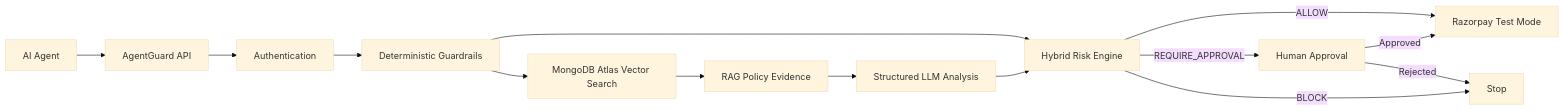
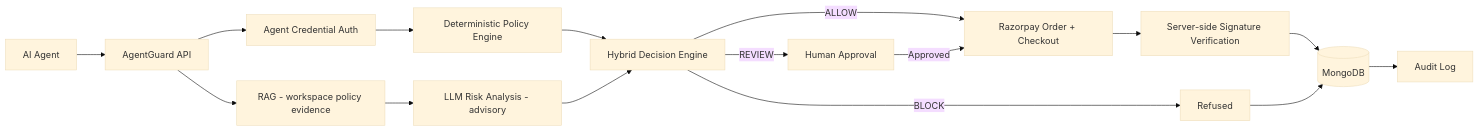
Before and after one commit to Akshath6060/AgentGuard: the diagram in README.md, drawn with Mermaid (base theme). The commit also changed other lines of this file and 19 other files, not shown here.

````diff
--- a/README.md
+++ b/README.md
@@ -5,16 +66,18 @@
 ```mermaid
 flowchart LR
-  A[AI Agent] --> B[AgentGuard API]
-  B --> C[Authentication]
-  C --> D[Deterministic Guardrails]
-  D --> E[MongoDB Atlas Vector Search]
-  E --> F[RAG Policy Evidence]
-  F --> G[Structured LLM Analysis]
-  D --> H[Hybrid Risk Engine]
-  G --> H
-  H -->|ALLOW| R[Razorpay Test Mode]
-  H -->|REQUIRE_APPROVAL| I[Human Approval]
-  I -->|Approved| R
-  I -->|Rejected| X[Stop]
-  H -->|BLOCK| X
+    U[AI Agent] --> A[AgentGuard API]
+    A --> AUTH[Agent Credential Auth]
+    AUTH --> P[Deterministic Policy Engine]
+    A --> R[RAG - workspace policy evidence]
+    R --> L[LLM Risk Analysis - advisory]
+    P --> D[Hybrid Decision Engine]
+    L --> D
+    D -->|ALLOW| PAY[Razorpay Order + Checkout]
+    D -->|REVIEW| H[Human Approval]
+    D -->|BLOCK| B[Refused]
+    H -->|Approved| PAY
+    PAY --> V[Server-side Signature Verification]
+    V --> DB[(MongoDB)]
+    B --> DB
+    DB --> LOG[Audit Log]
 ```
````
